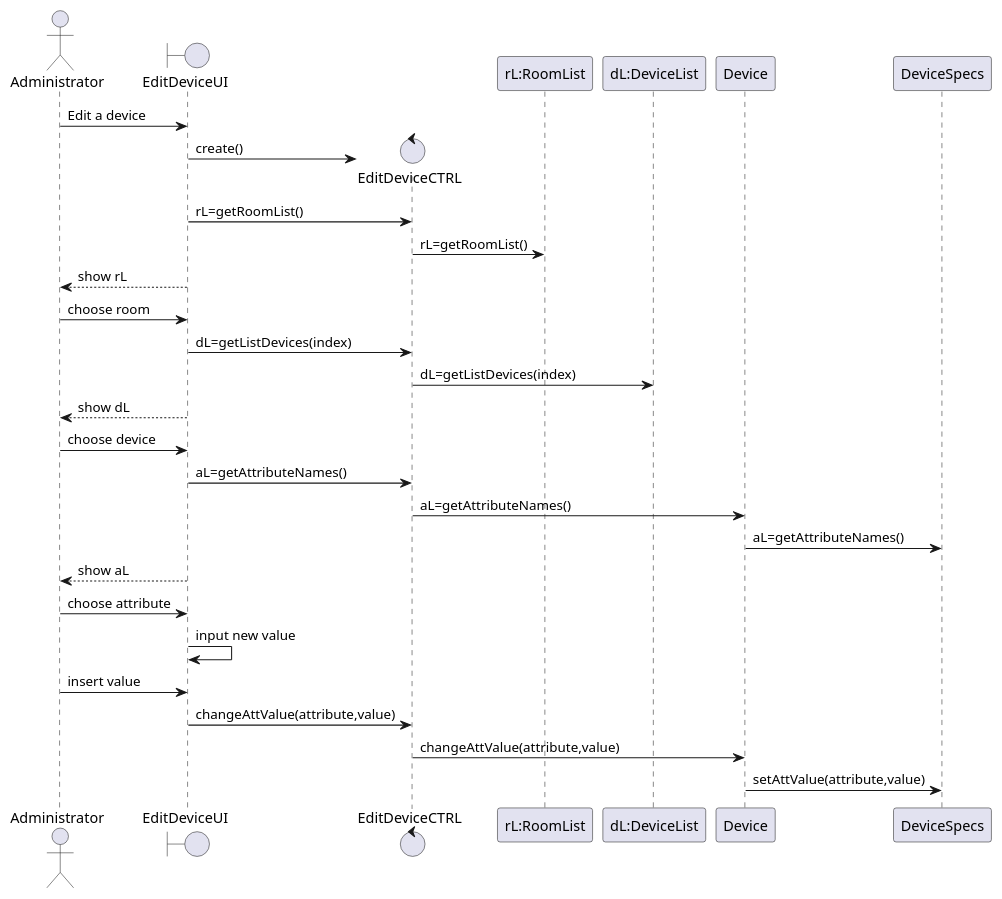
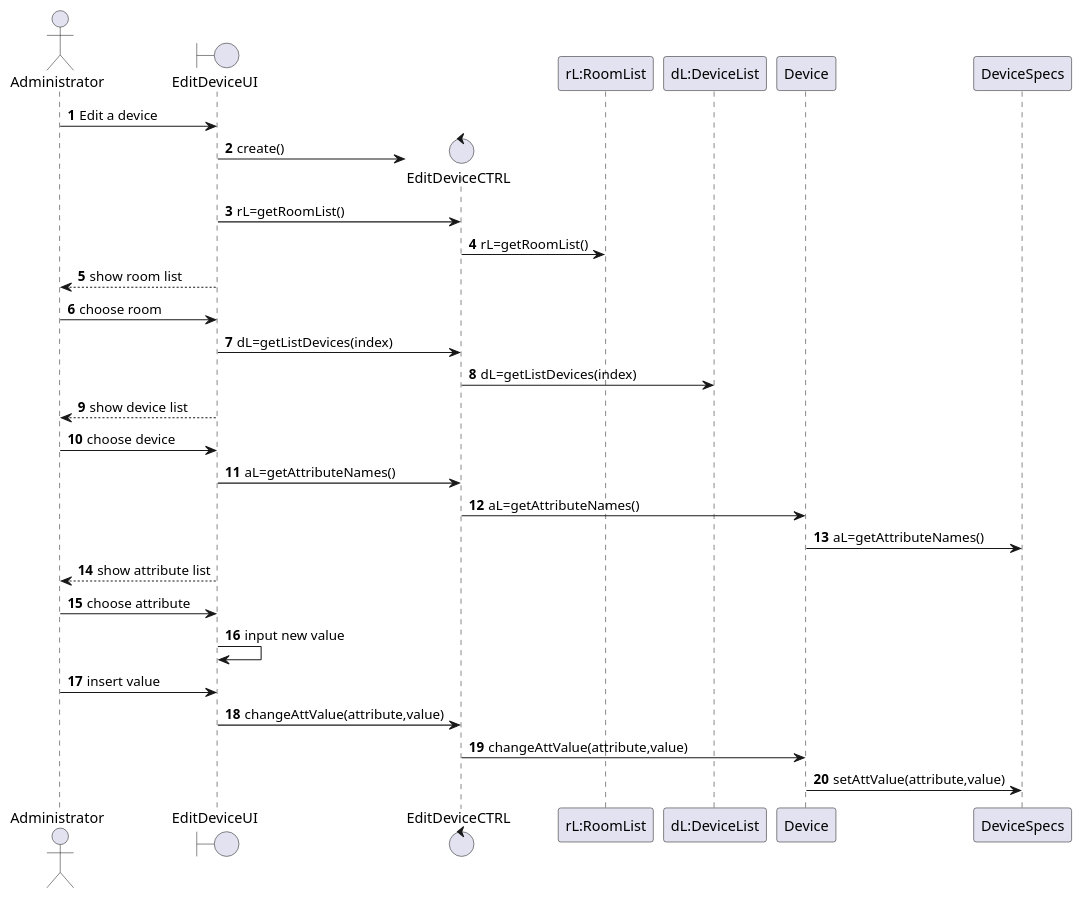
One commit to emanuel-pereira/hou changed the diagram in src/main/java/smarthome/uml/EditDevice.puml. Above: the diagram before and after it, drawn with PlantUML. The commit also changed 2 other files, not shown here.

Commit message:
US215 Edit Sequence Diagram Date Validations: Define a constant instead of duplicating

```diff
--- a/src/main/java/smarthome/uml/EditDevice.puml
+++ b/src/main/java/smarthome/uml/EditDevice.puml
@@ -1,27 +1,28 @@
 @startuml
+autonumber
 actor Administrator
 boundary EditDeviceUI
 control EditDeviceCTRL
 
 Administrator -> EditDeviceUI: Edit a device
 create EditDeviceCTRL
 EditDeviceUI -> EditDeviceCTRL: create()
 EditDeviceUI -> EditDeviceCTRL: rL=getRoomList()
 EditDeviceCTRL -> "rL:RoomList": rL=getRoomList()
-Administrator <-- EditDeviceUI: show rL
+Administrator <-- EditDeviceUI: show room list
 Administrator -> EditDeviceUI: choose room
 EditDeviceUI -> EditDeviceCTRL: dL=getListDevices(index)
 EditDeviceCTRL -> "dL:DeviceList": dL=getListDevices(index)
-Administrator <-- EditDeviceUI: show dL
+Administrator <-- EditDeviceUI: show device list
 Administrator -> EditDeviceUI: choose device
 EditDeviceUI -> EditDeviceCTRL: aL=getAttributeNames()
 EditDeviceCTRL -> Device: aL=getAttributeNames()
 Device -> DeviceSpecs: aL=getAttributeNames()
-Administrator <-- EditDeviceUI: show aL
+Administrator <-- EditDeviceUI: show attribute list
 Administrator -> EditDeviceUI: choose attribute
 EditDeviceUI ->EditDeviceUI: input new value
 Administrator -> EditDeviceUI: insert value
 EditDeviceUI -> EditDeviceCTRL: changeAttValue(attribute,value)
 EditDeviceCTRL -> Device: changeAttValue(attribute,value)
 Device -> DeviceSpecs: setAttValue(attribute,value)
 @enduml
```
